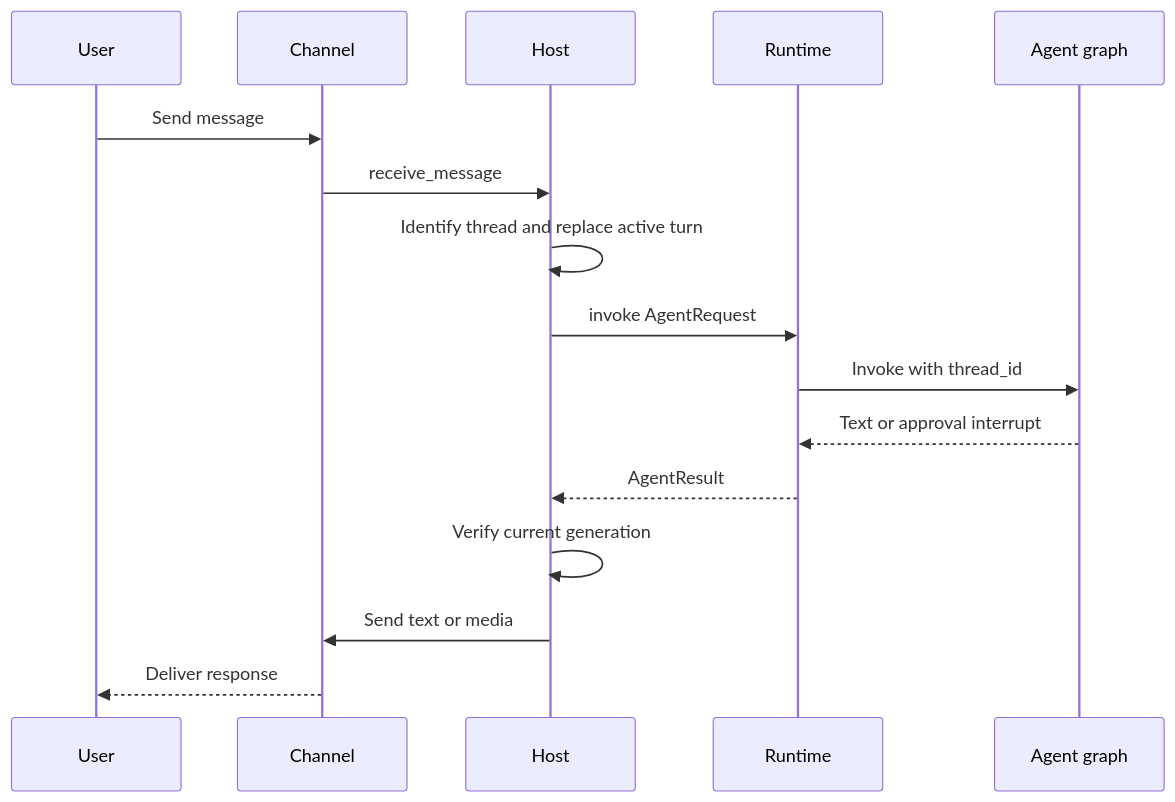
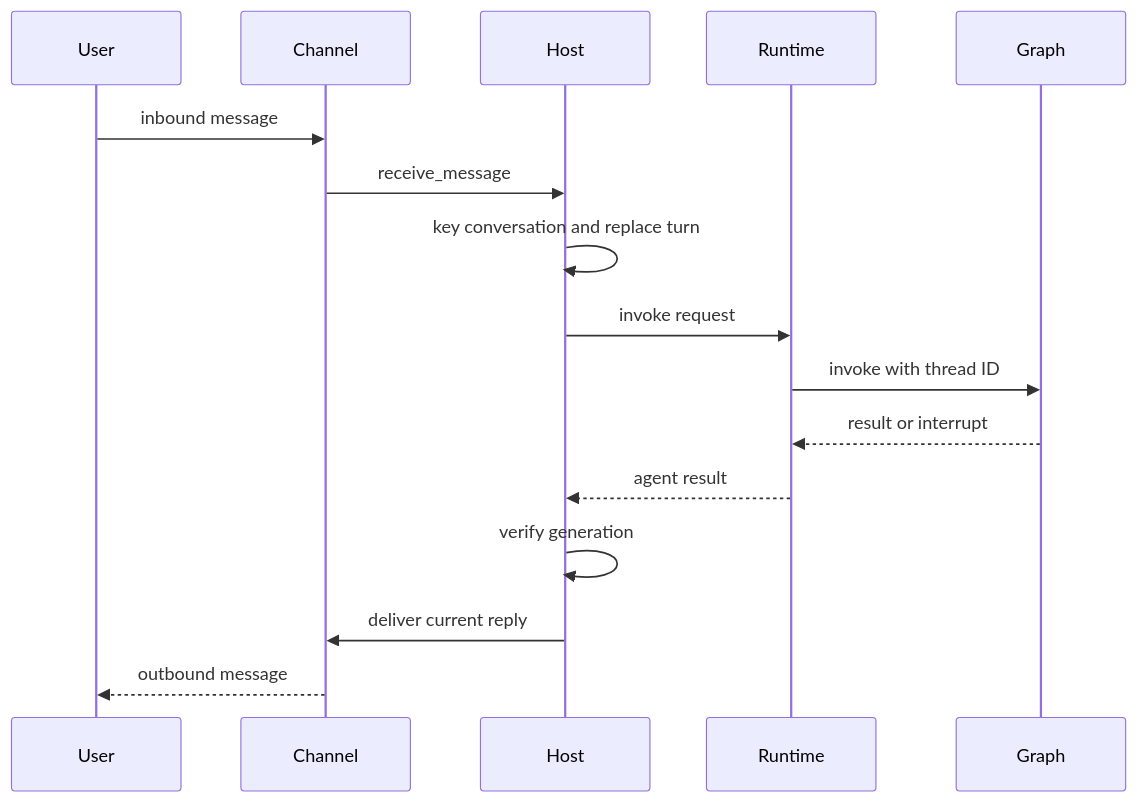
The diagram in openwiki/integrations/talon.md (langchain-ai/deepagents), drawn with Mermaid before and after one commit. The commit also changed other lines of this file and 39 other files, not shown here.

````diff
--- a/openwiki/integrations/talon.md
+++ b/openwiki/integrations/talon.md
@@ -49,18 +29,18 @@
 ```mermaid
 sequenceDiagram
     participant User
     participant Channel
     participant Host
     participant Runtime
-    participant Graph as Agent graph
-    User->>Channel: Send message
+    participant Graph
+    User->>Channel: inbound message
     Channel->>Host: receive_message
-    Host->>Host: Identify thread and replace active turn
-    Host->>Runtime: invoke AgentRequest
-    Runtime->>Graph: Invoke with thread_id
-    Graph-->>Runtime: Text or approval interrupt
-    Runtime-->>Host: AgentResult
-    Host->>Host: Verify current generation
-    Host->>Channel: Send text or media
-    Channel-->>User: Deliver response
+    Host->>Host: key conversation and replace turn
+    Host->>Runtime: invoke request
+    Runtime->>Graph: invoke with thread ID
+    Graph-->>Runtime: result or interrupt
+    Runtime-->>Host: agent result
+    Host->>Host: verify generation
+    Host->>Channel: deliver current reply
+    Channel-->>User: outbound message
 ```
````
